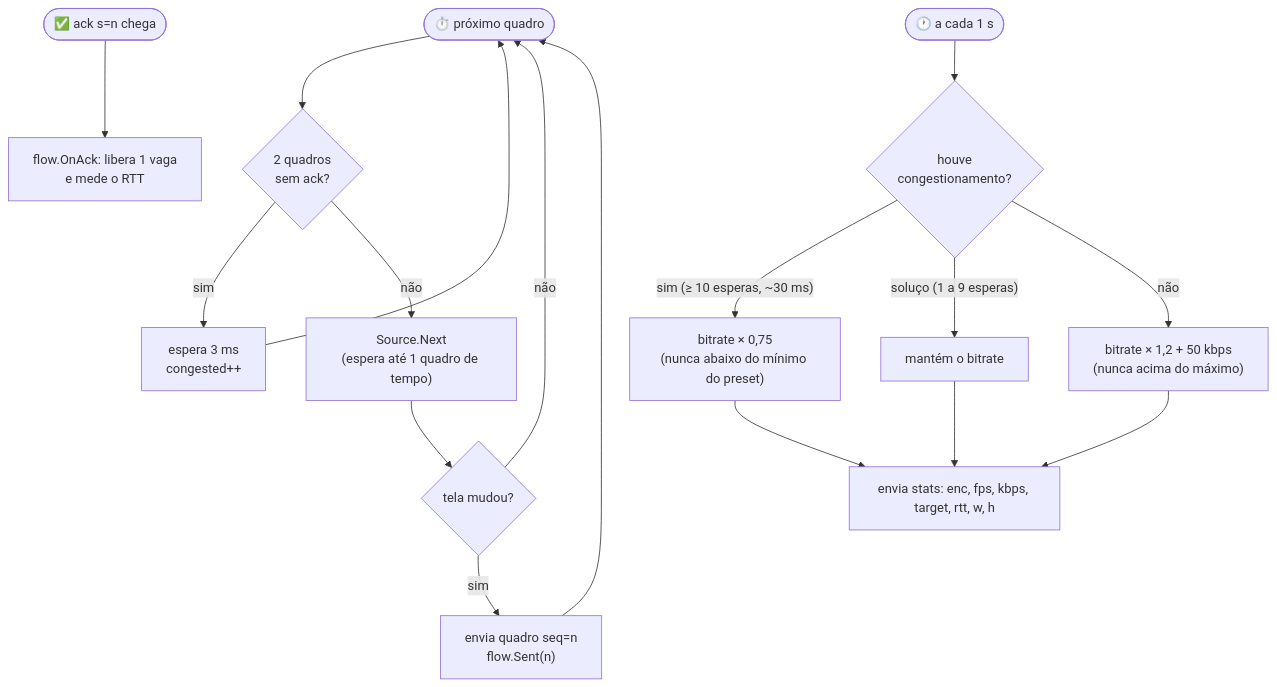
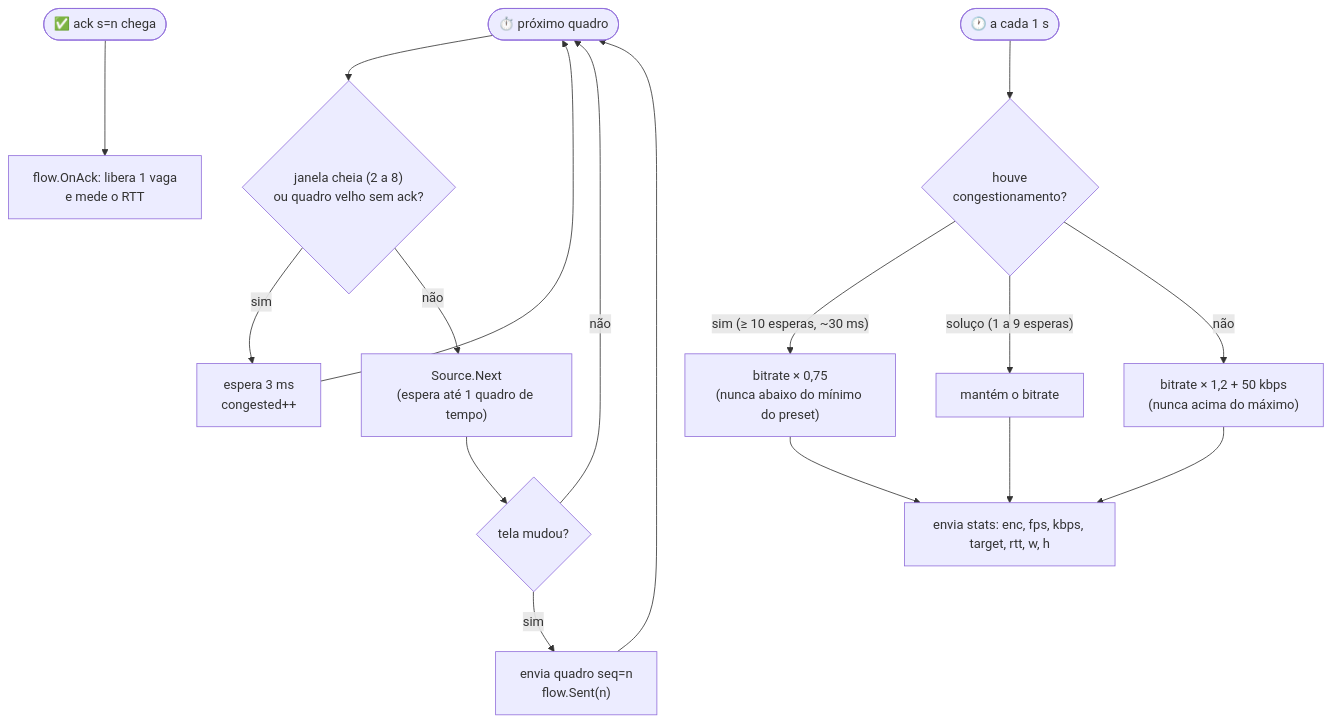
One commit to caetasousa/remoteIT changed the sixth of 20 diagrams in docs/FLUXOS.md. Above: the diagram before and after it, drawn with Mermaid. The commit also changed other lines of this file and 14 other files, not shown here.

````diff
--- a/docs/FLUXOS.md
+++ b/docs/FLUXOS.md
@@ -258,17 +258,17 @@
 ```mermaid
 flowchart TD
-    START(["⏱️ próximo quadro"]) --> Q{"2 quadros<br/>sem ack?"}
+    START(["⏱️ próximo quadro"]) --> Q{"janela cheia (2 a 8)<br/>ou quadro velho sem ack?"}
     Q -- sim --> W["espera 3 ms<br/>congested++"] --> START
     Q -- não --> N["Source.Next<br/>(espera até 1 quadro de tempo)"]
     N --> CH{"tela mudou?"}
     CH -- não --> START
     CH -- sim --> SEND["envia quadro seq=n<br/>flow.Sent(n)"] --> START
     ACK(["✅ ack s=n chega"]) --> RTT["flow.OnAck: libera 1 vaga<br/>e mede o RTT"]
     SEC(["🕐 a cada 1 s"]) --> B{"houve<br/>congestionamento?"}
     B -- "sim (≥ 10 esperas, ~30 ms)" --> DOWN["bitrate × 0,75<br/>(nunca abaixo do mínimo do preset)"]
     B -- "soluço (1 a 9 esperas)" --> HOLD["mantém o bitrate"]
     B -- não --> UP["bitrate × 1,2 + 50 kbps<br/>(nunca acima do máximo)"]
     DOWN --> STATS["envia stats: enc, fps, kbps, target, rtt, w, h"]
     HOLD --> STATS
     UP --> STATS
 ```
````
